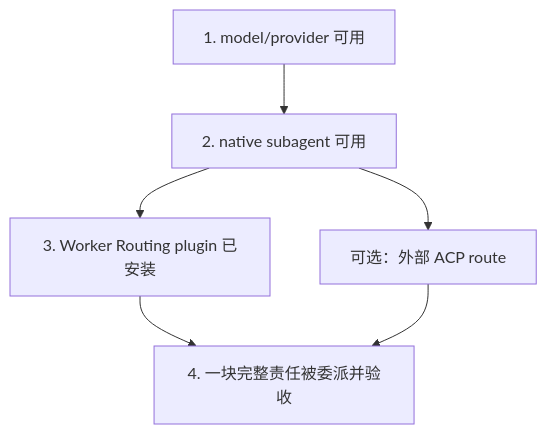
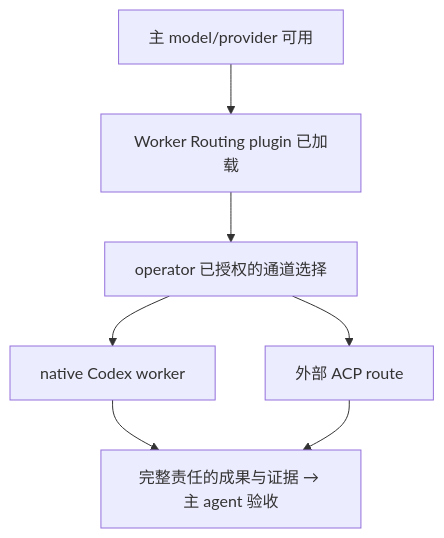
The diagram in docs/first-delegated-task.md (IndelibleVivi/codex-worker-routing), drawn with Mermaid before and after one commit. The commit also changed other lines of this file and 36 other files, not shown here.

````diff
--- a/docs/first-delegated-task.md
+++ b/docs/first-delegated-task.md
@@ -8,8 +8,9 @@
 ```mermaid
 flowchart TD
-  Model["1. model/provider 可用"] --> Native["2. native subagent 可用"]
-  Native --> Policy["3. Worker Routing plugin 已安装"]
-  Policy --> Task["4. 一块完整责任被委派并验收"]
-  Native --> ACP["可选：外部 ACP route"]
+  Model["主 model/provider 可用"] --> Policy["Worker Routing plugin 已加载"]
+  Policy --> Channel["operator 已授权的通道选择"]
+  Channel --> Native["native Codex worker"]
+  Channel --> ACP["外部 ACP route"]
+  Native --> Task["完整责任的成果与证据 → 主 agent 验收"]
   ACP --> Task
 ```
````
